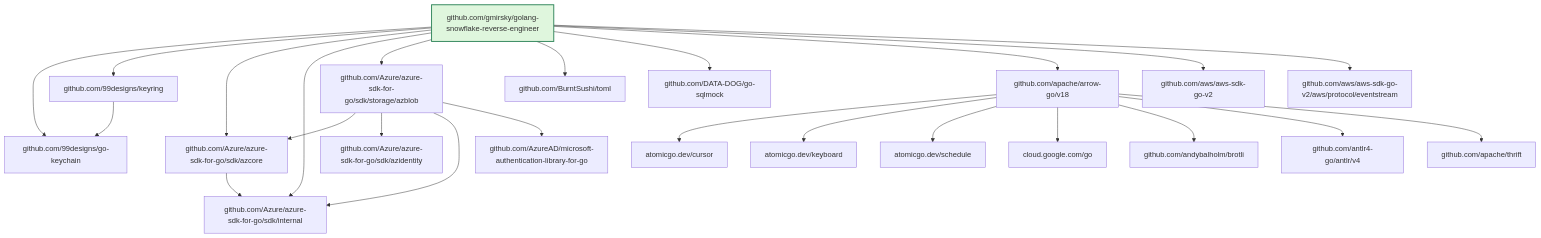
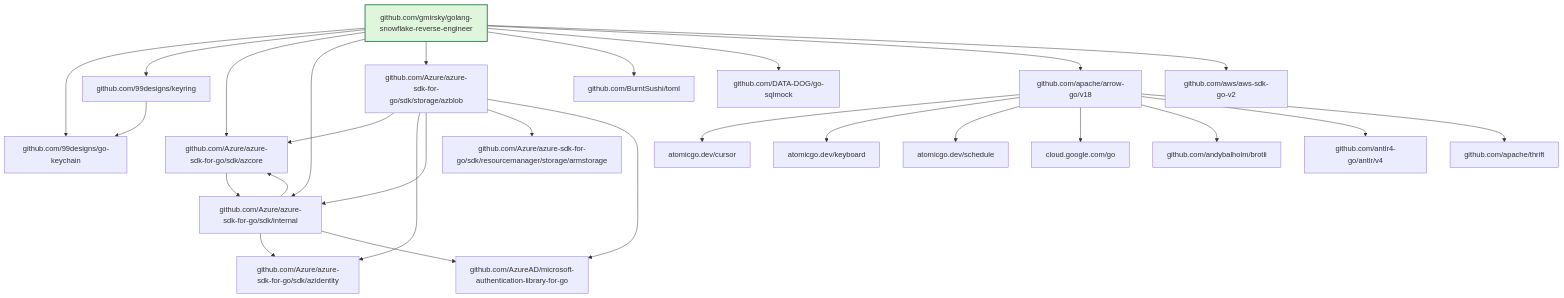
The second of 8 diagrams in README.md (gmirsky/golang-snowflake-reverse-engineer), drawn with Mermaid before and after one commit. The commit also changed other lines of this file, not shown here.

Commit message:
docs(readme): refresh generated module dependency diagram

````diff
--- a/README.md
+++ b/README.md
@@ -952,48 +944,51 @@
 ```mermaid
 flowchart TD
   classDef root fill:#dff6dd,stroke:#2f855a,stroke-width:2px
   N1["atomicgo.dev/cursor"]
   N2["atomicgo.dev/keyboard"]
   N3["atomicgo.dev/schedule"]
   N4["cloud.google.com/go"]
   N5["github.com/99designs/go-keychain"]
   N6["github.com/99designs/keyring"]
   N7["github.com/Azure/azure-sdk-for-go/sdk/azcore"]
   N8["github.com/Azure/azure-sdk-for-go/sdk/azidentity"]
   N9["github.com/Azure/azure-sdk-for-go/sdk/internal"]
-  N10["github.com/Azure/azure-sdk-for-go/sdk/storage/azblob"]
-  N11["github.com/AzureAD/microsoft-authentication-library-for-go"]
-  N12["github.com/BurntSushi/toml"]
-  N13["github.com/DATA-DOG/go-sqlmock"]
-  N14["github.com/andybalholm/brotli"]
-  N15["github.com/antlr4-go/antlr/v4"]
-  N16["github.com/apache/arrow-go/v18"]
-  N17["github.com/apache/thrift"]
-  N18["github.com/aws/aws-sdk-go-v2"]
-  N19["github.com/aws/aws-sdk-go-v2/aws/protocol/eventstream"]
+  N10["github.com/Azure/azure-sdk-for-go/sdk/resourcemanager/storage/armstorage"]
+  N11["github.com/Azure/azure-sdk-for-go/sdk/storage/azblob"]
+  N12["github.com/AzureAD/microsoft-authentication-library-for-go"]
+  N13["github.com/BurntSushi/toml"]
+  N14["github.com/DATA-DOG/go-sqlmock"]
+  N15["github.com/andybalholm/brotli"]
+  N16["github.com/antlr4-go/antlr/v4"]
+  N17["github.com/apache/arrow-go/v18"]
+  N18["github.com/apache/thrift"]
+  N19["github.com/aws/aws-sdk-go-v2"]
   N20["github.com/gmirsky/golang-snowflake-reverse-engineer"]
   class N20 root
   N6 --> N5
   N7 --> N9
-  N10 --> N7
-  N10 --> N8
-  N10 --> N9
-  N10 --> N11
-  N16 --> N1
-  N16 --> N2
-  N16 --> N3
-  N16 --> N4
-  N16 --> N14
-  N16 --> N15
-  N16 --> N17
+  N9 --> N7
+  N9 --> N8
+  N9 --> N12
+  N11 --> N7
+  N11 --> N8
+  N11 --> N9
+  N11 --> N10
+  N11 --> N12
+  N17 --> N1
+  N17 --> N2
+  N17 --> N3
+  N17 --> N4
+  N17 --> N15
+  N17 --> N16
+  N17 --> N18
   N20 --> N5
   N20 --> N6
   N20 --> N7
   N20 --> N9
-  N20 --> N10
-  N20 --> N12
+  N20 --> N11
   N20 --> N13
-  N20 --> N16
-  N20 --> N18
+  N20 --> N14
+  N20 --> N17
   N20 --> N19
 ```
````
